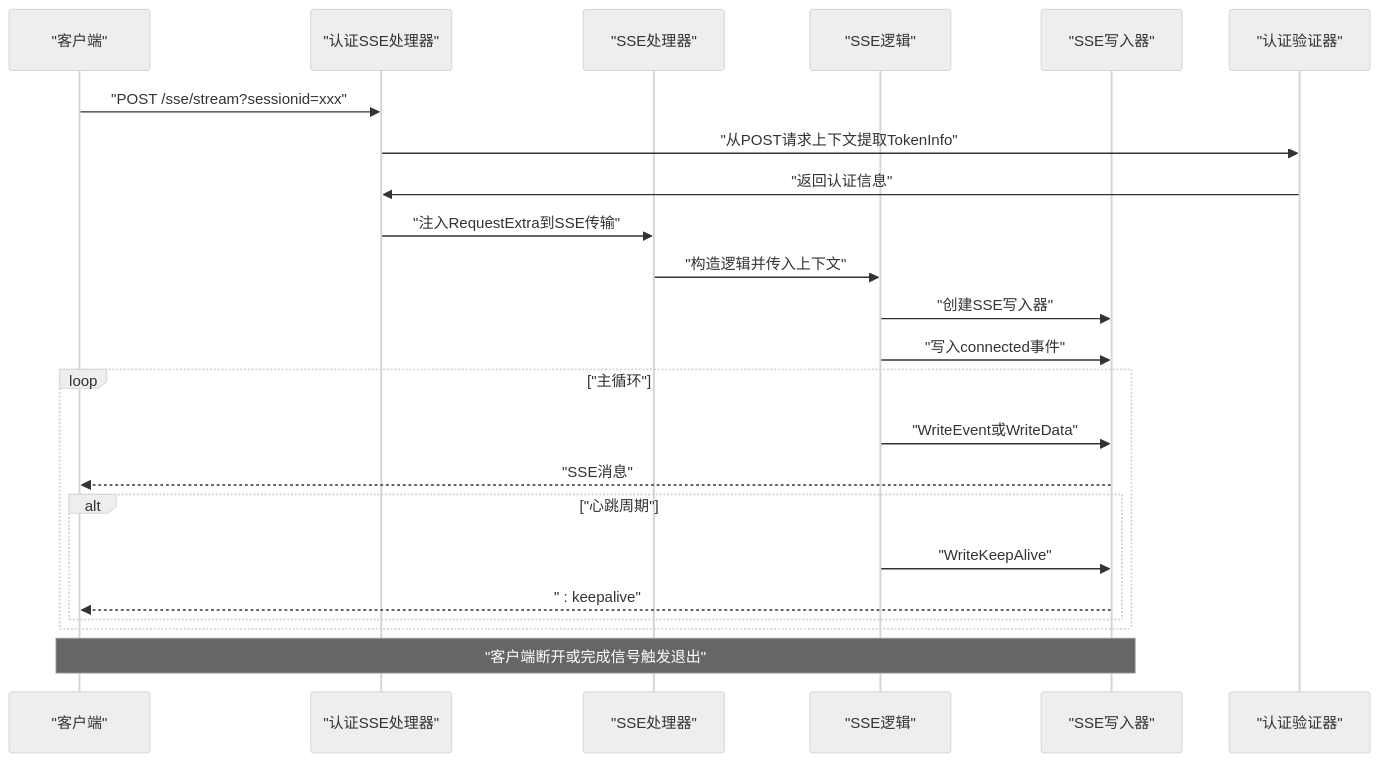
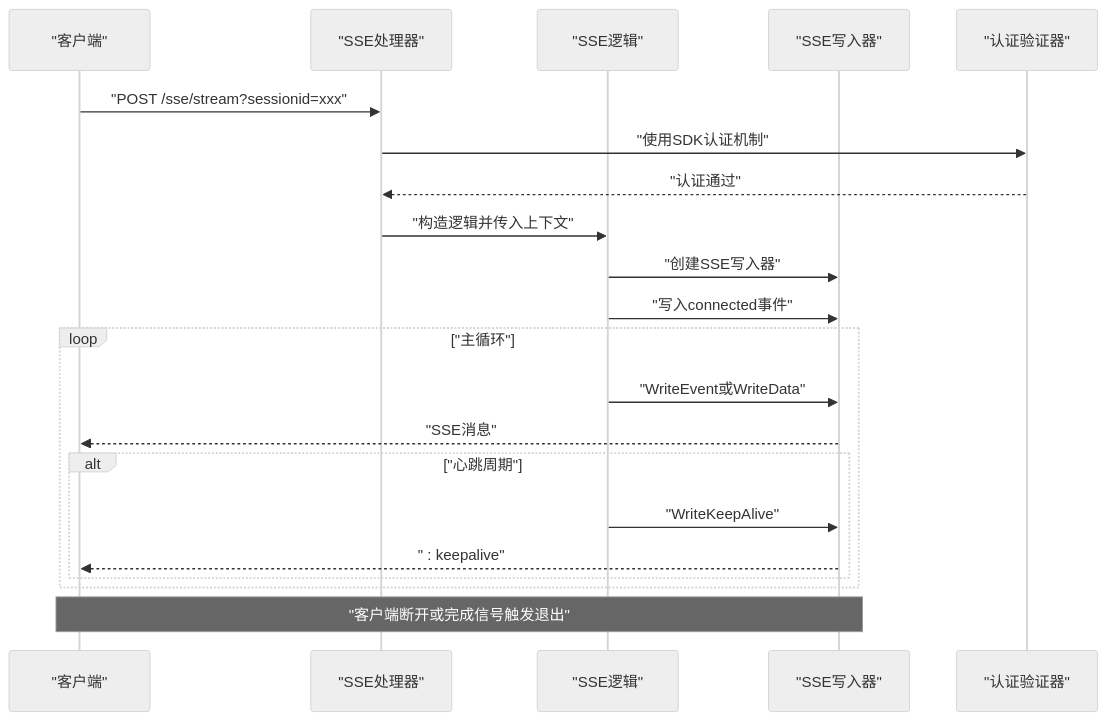
One commit to maomao94/zero-service changed the second of 9 diagrams in .qoder/repowiki/zh/content/实时通信模块/Server-Sent Events流式传输.md. Above: the diagram before and after it, drawn with Mermaid (neutral theme). The commit also changed other lines of this file and 11 other files, not shown here.

````diff
--- a/.qoder/repowiki/zh/content/实时通信模块/Server-Sent Events流式传输.md
+++ b/.qoder/repowiki/zh/content/实时通信模块/Server-Sent Events流式传输.md
@@ -141,25 +137,23 @@
 ```mermaid
 sequenceDiagram
 participant Client as "客户端"
-participant AuthHandler as "认证SSE处理器"
 participant SSEHandler as "SSE处理器"
 participant Logic as "SSE逻辑"
 participant Writer as "SSE写入器"
 participant Auth as "认证验证器"
-Client->>AuthHandler : "POST /sse/stream?sessionid=xxx"
-AuthHandler->>Auth : "从POST请求上下文提取TokenInfo"
-Auth->>AuthHandler : "返回认证信息"
-AuthHandler->>SSEHandler : "注入RequestExtra到SSE传输"
+Client->>SSEHandler : "POST /sse/stream?sessionid=xxx"
+SSEHandler->>Auth : "使用SDK认证机制"
+Auth-->>SSEHandler : "认证通过"
 SSEHandler->>Logic : "构造逻辑并传入上下文"
 Logic->>Writer : "创建SSE写入器"
 Logic->>Writer : "写入connected事件"
 loop "主循环"
 Logic->>Writer : "WriteEvent或WriteData"
 Writer-->>Client : "SSE消息"
 alt "心跳周期"
 Logic->>Writer : "WriteKeepAlive"
 Writer-->>Client : " : keepalive"
 end
 end
 note over Client,Writer : "客户端断开或完成信号触发退出"
 ```
````
